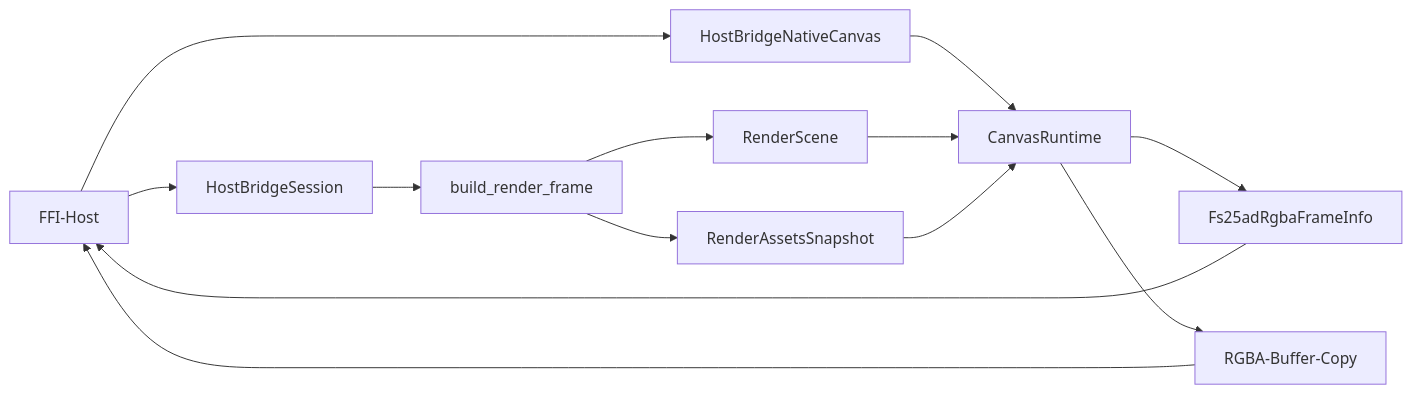
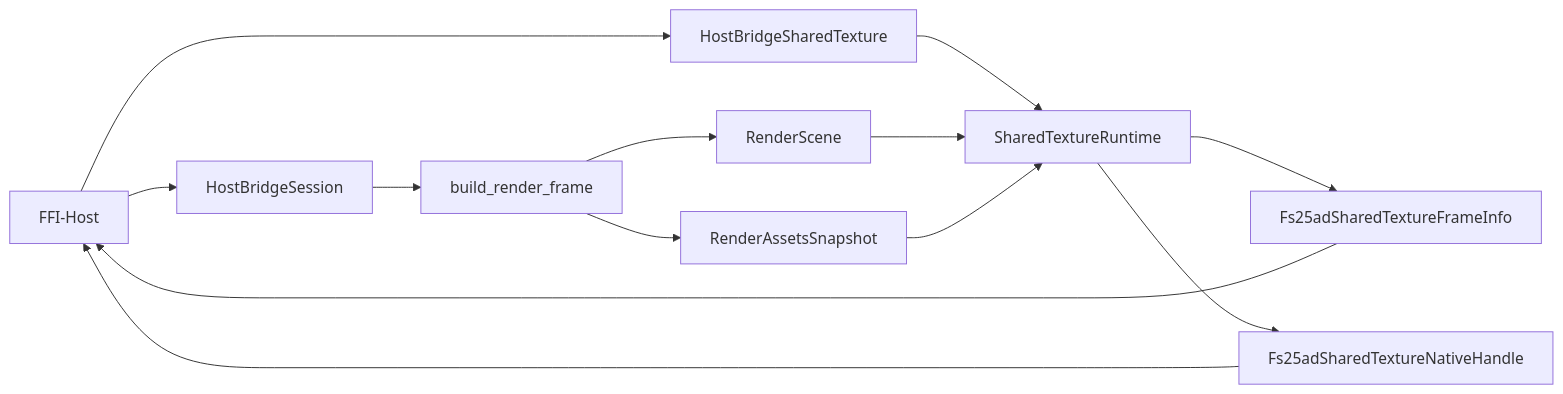
The diagram in crates/fs25_auto_drive_host_bridge_ffi/API.md (mro68/fs25_ad_editor), drawn with Mermaid before and after one commit. The commit also changed other lines of this file and 13 other files, not shown here.

````diff
--- a/crates/fs25_auto_drive_host_bridge_ffi/API.md
+++ b/crates/fs25_auto_drive_host_bridge_ffi/API.md
@@ -148,15 +157,15 @@
 ```mermaid
 flowchart LR
 	HOST[FFI-Host] --> SESSION[HostBridgeSession]
-	HOST --> CANVAS[HostBridgeNativeCanvas]
+	HOST --> TEX[HostBridgeSharedTexture]
 	SESSION --> FRAME[build_render_frame]
 	FRAME --> SCENE[RenderScene]
 	FRAME --> ASSETS[RenderAssetsSnapshot]
-	CANVAS --> RUNTIME[CanvasRuntime]
+	TEX --> RUNTIME[SharedTextureRuntime]
 	SCENE --> RUNTIME
 	ASSETS --> RUNTIME
-	RUNTIME --> INFO[Fs25adRgbaFrameInfo]
-	RUNTIME --> PIXELS[RGBA-Buffer-Copy]
+	RUNTIME --> INFO[Fs25adSharedTextureFrameInfo]
+	RUNTIME --> HANDLE[Fs25adSharedTextureNativeHandle]
 	INFO --> HOST
-	PIXELS --> HOST
+	HANDLE --> HOST
 ```
````
